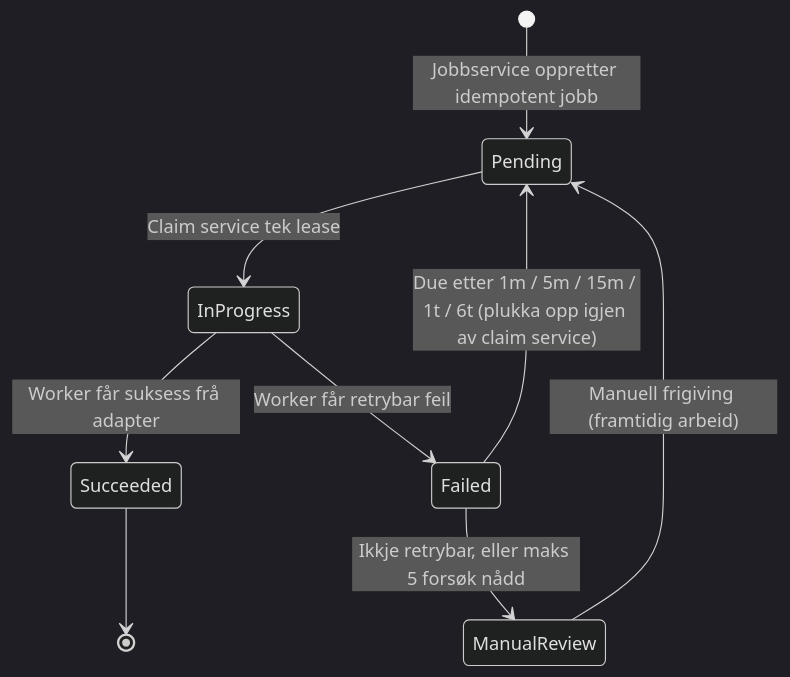
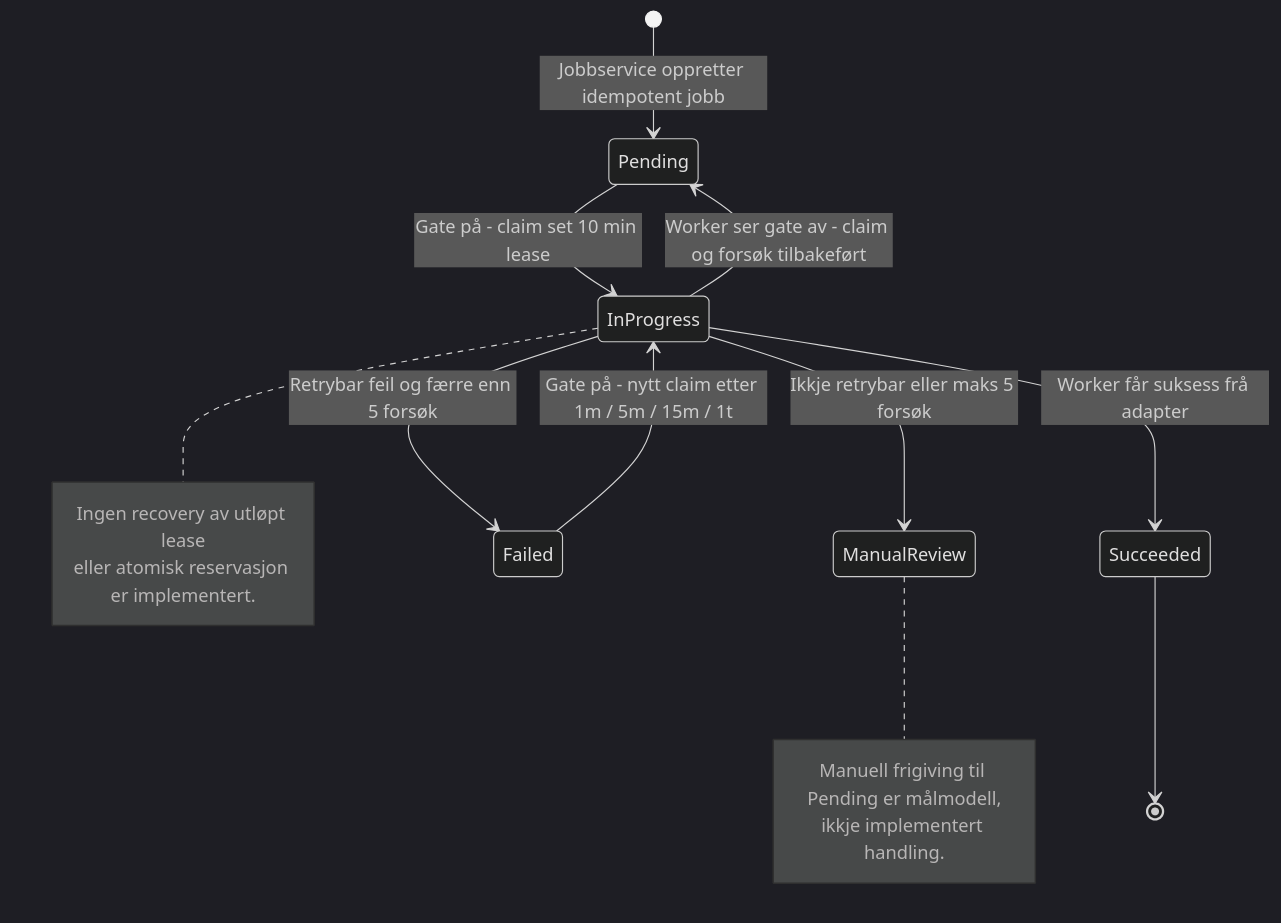
Before and after one commit to navikt/crm-arbeidsforhold: the sixth of 10 diagrams in docs/integrations/p360/steg-for-steg-gjennomgang.md, drawn with Mermaid (dark theme). The commit also changed other lines of this file and 12 other files, not shown here.

````diff
--- a/docs/integrations/p360/steg-for-steg-gjennomgang.md
+++ b/docs/integrations/p360/steg-for-steg-gjennomgang.md
@@ -193,11 +193,19 @@
 ```mermaid
 stateDiagram-v2
     [*] --> Pending: Jobbservice oppretter idempotent jobb
-    Pending --> InProgress: Claim service tek lease
+    Pending --> InProgress: Gate på - claim set 10 min lease
     InProgress --> Succeeded: Worker får suksess frå adapter
-    InProgress --> Failed: Worker får retrybar feil
-    Failed --> Pending: Due etter 1m / 5m / 15m / 1t / 6t (plukka opp igjen av claim service)
-    Failed --> ManualReview: Ikkje retrybar, eller maks 5 forsøk nådd
-    ManualReview --> Pending: Manuell frigiving (framtidig arbeid)
+    InProgress --> Failed: Retrybar feil og færre enn 5 forsøk
+    Failed --> InProgress: Gate på - nytt claim etter 1m / 5m / 15m / 1t
+    InProgress --> ManualReview: Ikkje retrybar eller maks 5 forsøk
+    InProgress --> Pending: Worker ser gate av - claim og forsøk tilbakeført
+    note right of ManualReview
+        Manuell frigiving til Pending er målmodell,
+        ikkje implementert handling.
+    end note
+    note right of InProgress
+        Ingen recovery av utløpt lease
+        eller atomisk reservasjon er implementert.
+    end note
     Succeeded --> [*]
 ```
````
